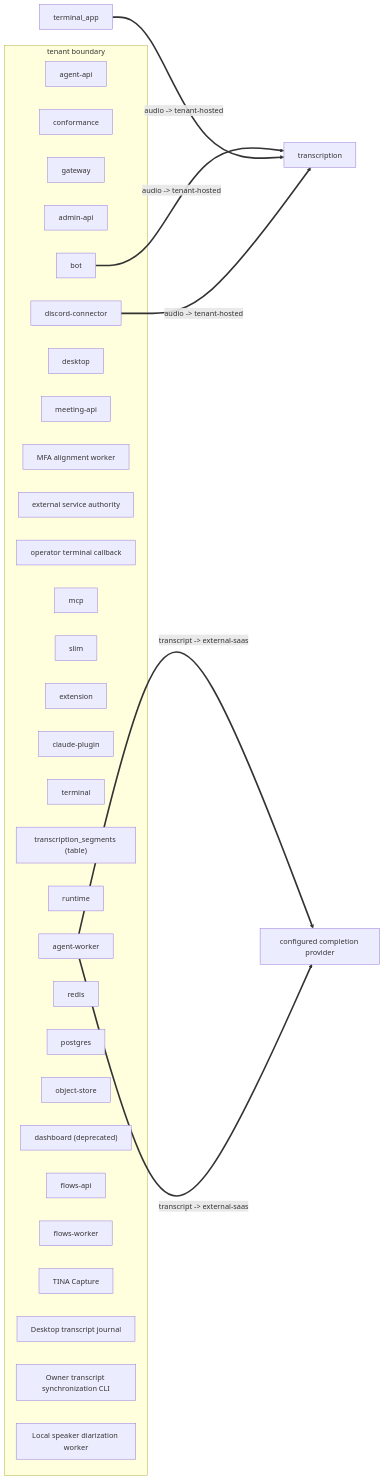
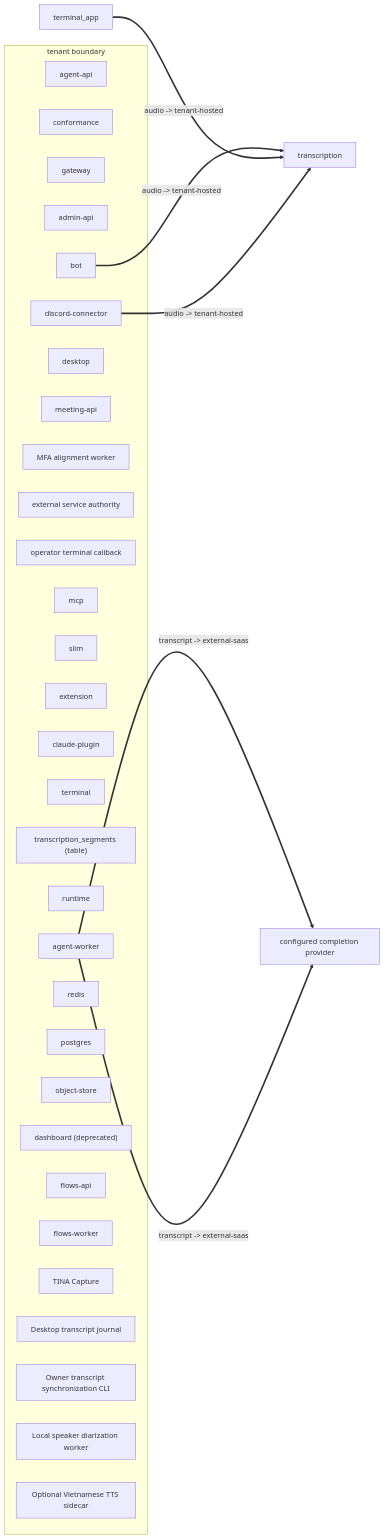
The diagram in docs/views/egress.mmd (NamTV2712/TINA-demo), drawn with Mermaid before and after one commit. The commit also changed 12 other files, not shown here.

Commit message:
feat(tts): add optional CPU speech sidecar

```diff
--- a/docs/views/egress.mmd
+++ b/docs/views/egress.mmd
@@ -1,43 +1,44 @@
 %% GENERATED — pnpm arch:dsl --write
 flowchart LR
   subgraph tenant["tenant boundary"]
     agent_api["agent-api"]
     conformance["conformance"]
     gateway["gateway"]
     admin_api["admin-api"]
     bot["bot"]
     discord_connector["discord-connector"]
     desktop["desktop"]
     meeting_api["meeting-api"]
     alignment_worker["MFA alignment worker"]
     service_authority["external service authority"]
     system_webhook["operator terminal callback"]
     mcp["mcp"]
     slim["slim"]
     extension["extension"]
     claude_plugin["claude-plugin"]
     terminal["terminal"]
     segments_table["transcription_segments (table)"]
     runtime["runtime"]
     agent_worker["agent-worker"]
     redis["redis"]
     postgres["postgres"]
     object_store["object-store"]
     dashboard["dashboard (deprecated)"]
     flows_api["flows-api"]
     flows_worker["flows-worker"]
     native_capture["TINA Capture"]
     desktop_journal["Desktop transcript journal"]
     transcript_sync["Owner transcript synchronization CLI"]
     diarization_worker["Local speaker diarization worker"]
+    tts_sidecar["Optional Vietnamese TTS sidecar"]
   end
   transcription["transcription"]
   bot ==>|"audio -> tenant-hosted"| transcription
   transcription["transcription"]
   terminal_app ==>|"audio -> tenant-hosted"| transcription
   completion_provider["configured completion provider"]
   agent_worker ==>|"transcript -> external-saas"| completion_provider
   completion_provider["configured completion provider"]
   agent_worker ==>|"transcript -> external-saas"| completion_provider
   transcription["transcription"]
   discord_connector ==>|"audio -> tenant-hosted"| transcription
```
